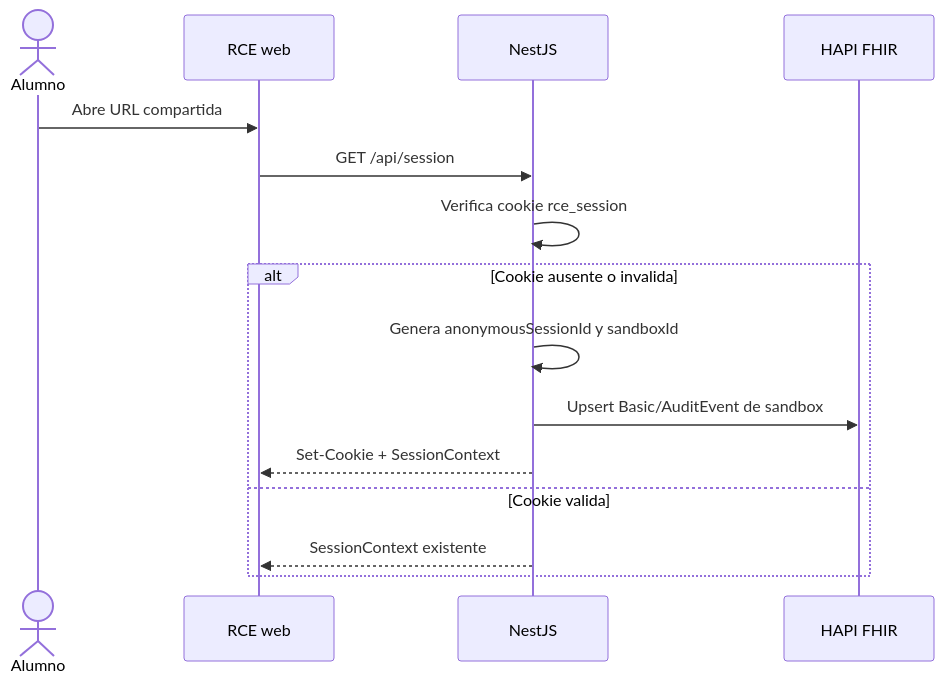
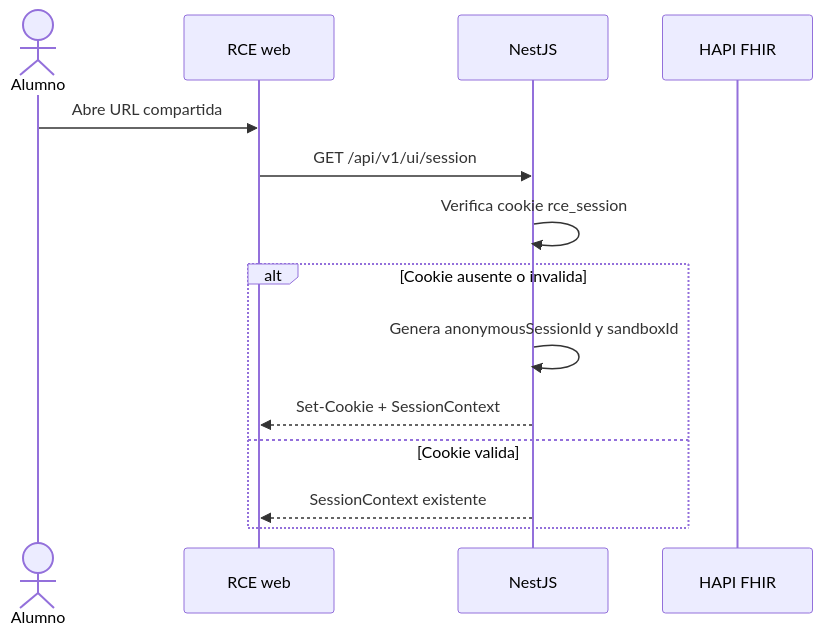
Before and after one commit to J0TTAA/RCE-CQL: the fifth of 8 diagrams in docs/DESIGN.md, drawn with Mermaid. The commit also changed other lines of this file and 20 other files, not shown here.

````diff
--- a/docs/DESIGN.md
+++ b/docs/DESIGN.md
@@ -638,18 +642,17 @@
 ```mermaid
 sequenceDiagram
     actor User as Alumno
     participant UI as RCE web
     participant API as NestJS
     participant HAPI as HAPI FHIR
 
     User->>UI: Abre URL compartida
-    UI->>API: GET /api/session
+    UI->>API: GET /api/v1/ui/session
     API->>API: Verifica cookie rce_session
     alt Cookie ausente o invalida
         API->>API: Genera anonymousSessionId y sandboxId
-        API->>HAPI: Upsert Basic/AuditEvent de sandbox
         API-->>UI: Set-Cookie + SessionContext
     else Cookie valida
         API-->>UI: SessionContext existente
     end
 ```
````
